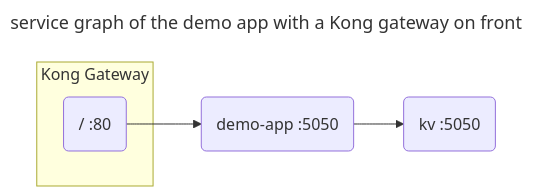
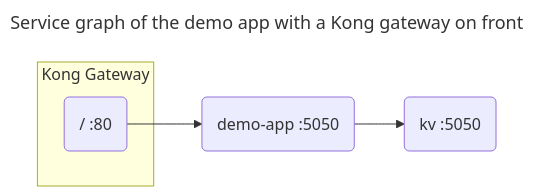
One commit to kumahq/kuma-website changed the diagram in app/_src/guides/gateway-delegated-kv.md. Above: the diagram before and after it, drawn with Mermaid. The commit also changed 4 other files, not shown here.

```diff
--- a/app/_src/guides/gateway-delegated-kv.md
+++ b/app/_src/guides/gateway-delegated-kv.md
@@ -13,13 +13,13 @@
 {% mermaid %}
 ---
-title: service graph of the demo app with a Kong gateway on front
+title: Service graph of the demo app with a Kong gateway on front
 ---
 flowchart LR
   subgraph Kong Gateway 
     gw0(/ :80)
   end
   demo-app(demo-app :5050)
   kv(kv :5050)
   gw0 --> demo-app 
   demo-app --> kv
 {% endmermaid %}
```
